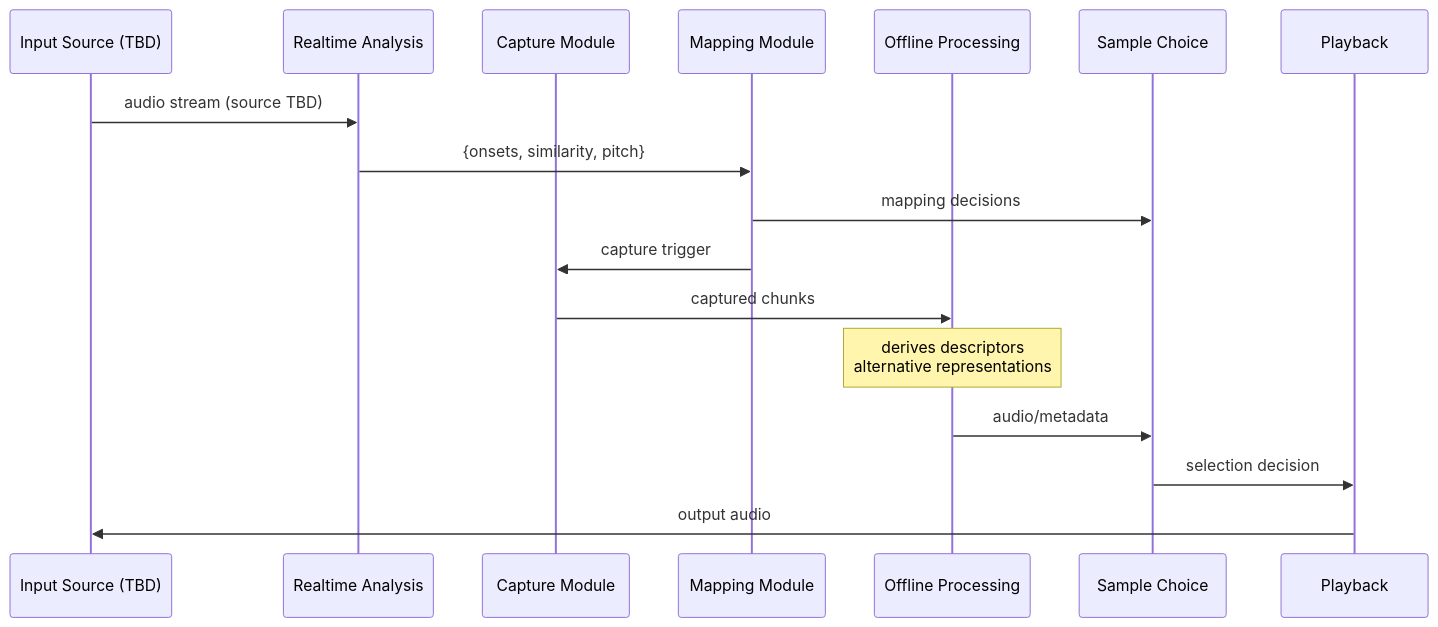
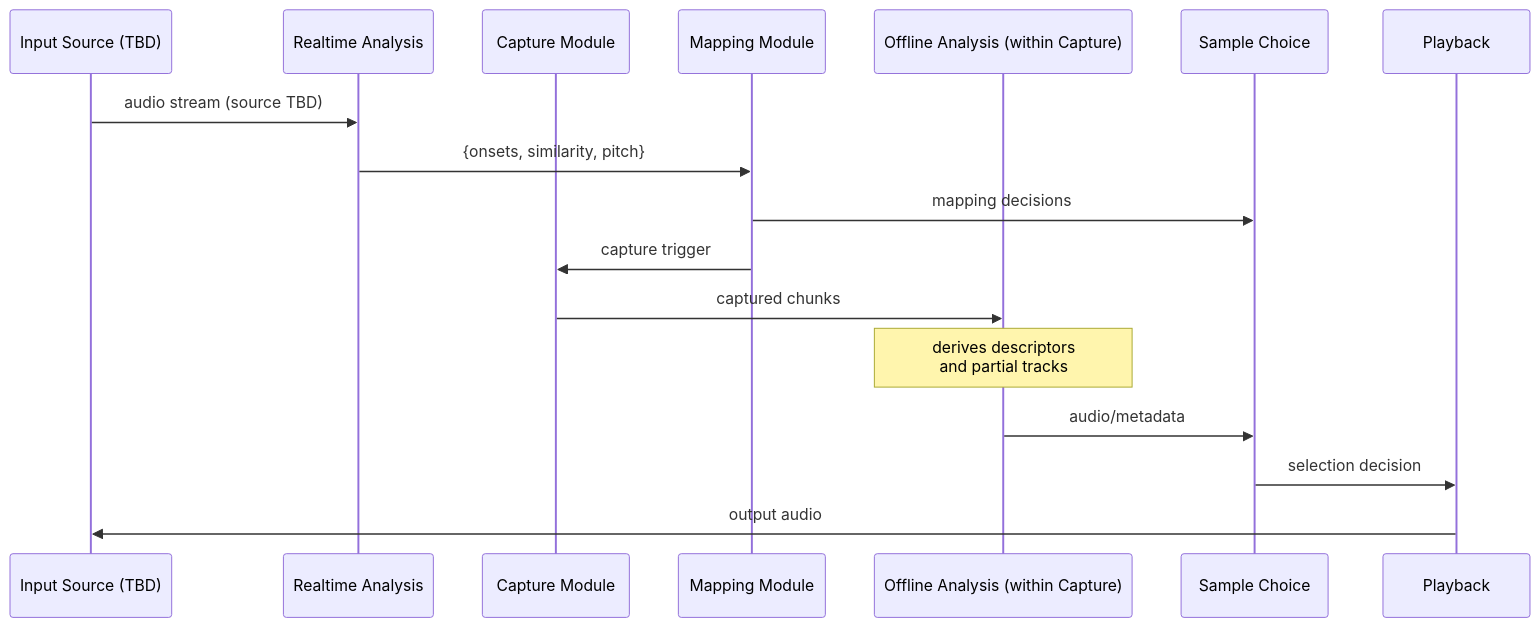
The fifth of 5 diagrams in System Architecture.md (AlexHarker/wintersleep), drawn with Mermaid before and after one commit. The commit also changed other lines of this file and 1 other file, not shown here.

````diff
--- a/System Architecture.md
+++ b/System Architecture.md
@@ -173,24 +182,24 @@
 ```mermaid
 sequenceDiagram
     participant AudioInput as Input Source (TBD)
     participant Analysis as Realtime Analysis
     participant Capture as Capture Module
     participant Mapping as Mapping Module
-    participant Offline as Offline Processing
+    participant Offline as Offline Analysis (within Capture)
     participant Choice as Sample Choice
     participant Playback as Playback
     
     AudioInput->>Analysis: audio stream (source TBD)
     Analysis->>Mapping: {onsets, similarity, pitch}
     
     Mapping->>Choice: mapping decisions
     Mapping->>Capture: capture trigger
     Capture->>Offline: captured chunks
     
-    Note over Offline: derives descriptors<br/>alternative representations
+    Note over Offline: derives descriptors<br/>and partial tracks
     
     Offline->>Choice: audio/metadata
     Choice->>Playback: selection decision
     
     Playback->>AudioInput: output audio
 ```
````
